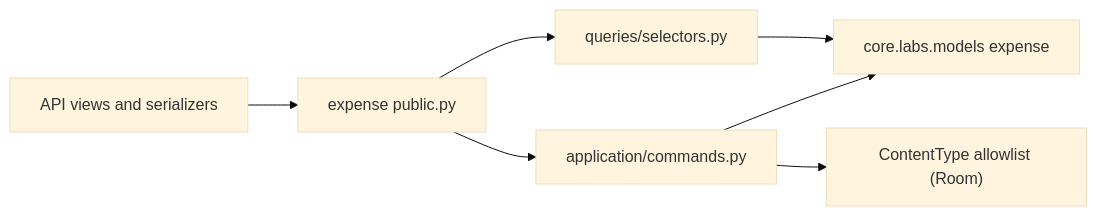
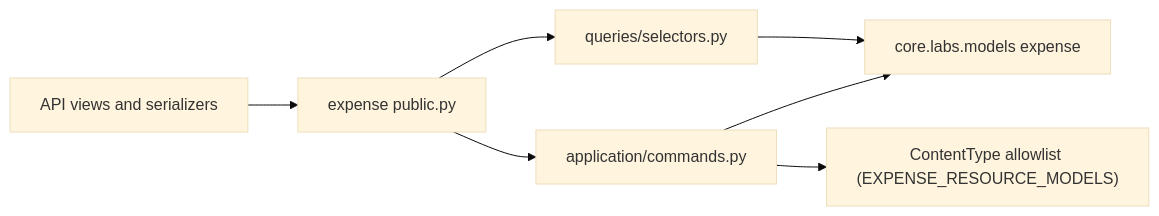
Before and after one commit to angustino88/lab-mango: the first of 2 diagrams in core/labs/features/expense/docs/architecture.md, drawn with Mermaid (base theme). The commit also changed other lines of this file, not shown here.

Commit message:
Update expense architecture doc for multi-resource Expense API

````diff
--- a/core/labs/features/expense/docs/architecture.md
+++ b/core/labs/features/expense/docs/architecture.md
@@ -52,9 +53,9 @@
 ```mermaid
 flowchart LR
   api["API views and serializers"] --> public["expense public.py"]
   public --> app["application/commands.py"]
   public --> queries["queries/selectors.py"]
   app --> models["core.labs.models expense"]
   queries --> models
-  app --> ct["ContentType allowlist (Room)"]
+  app --> ct["ContentType allowlist (EXPENSE_RESOURCE_MODELS)"]
 ```
````
